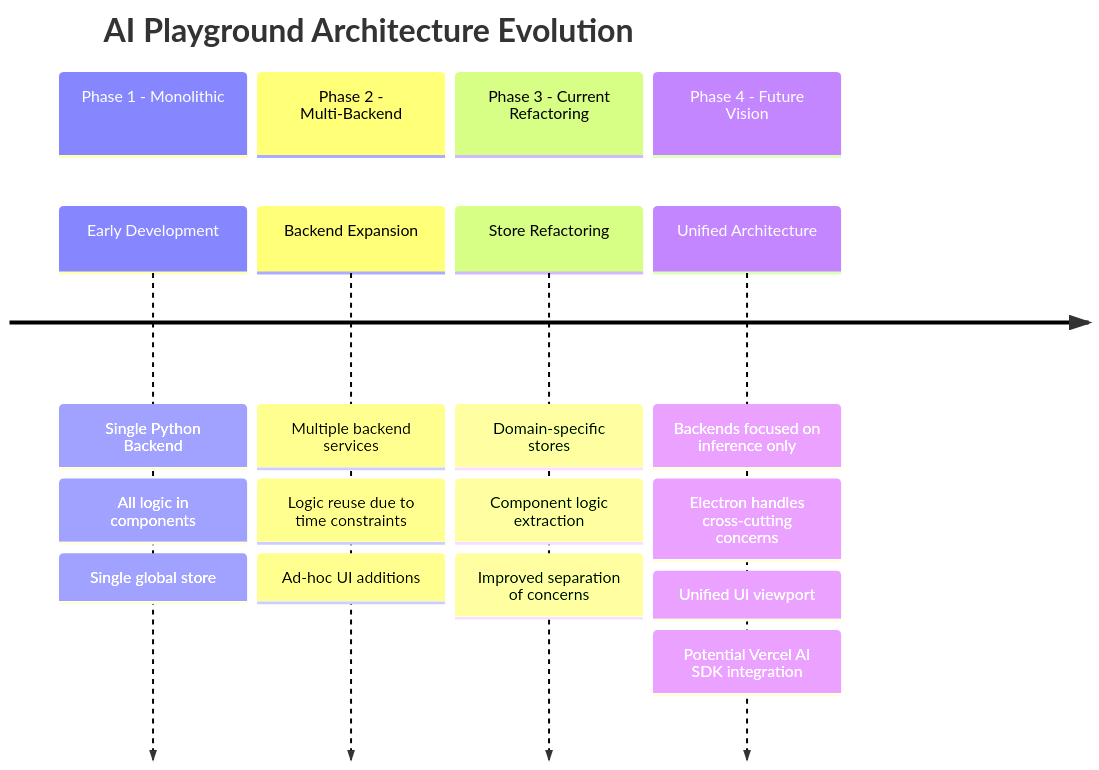
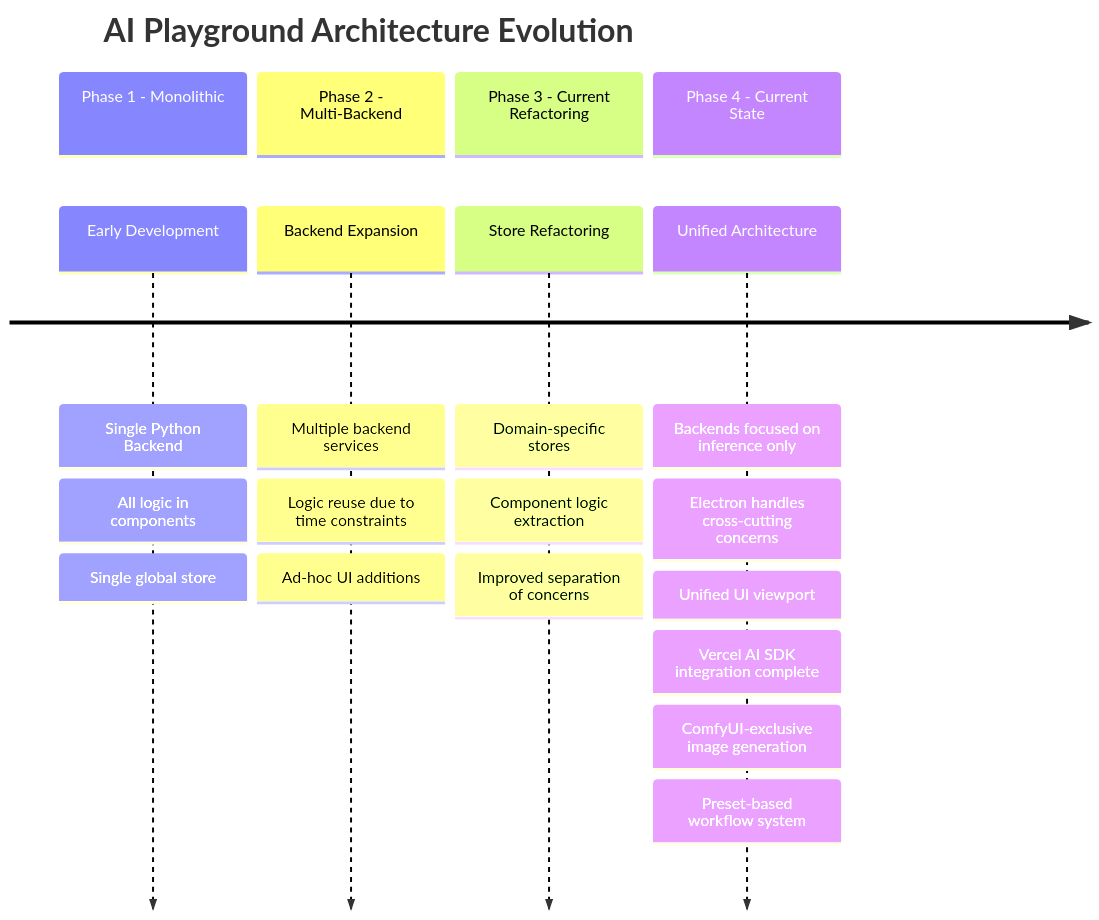
One commit to intel/AI-Playground changed the second of 8 diagrams in AGENTS.md. Above: the diagram before and after it, drawn with Mermaid. The commit also changed other lines of this file and 358 other files, not shown here.

````diff
--- a/AGENTS.md
+++ b/AGENTS.md
@@ -139,25 +138,27 @@
 ```mermaid
 timeline
     title AI Playground Architecture Evolution
     
     section Phase 1 - Monolithic
         Early Development : Single Python Backend
                           : All logic in components
                           : Single global store
     
     section Phase 2 - Multi-Backend
         Backend Expansion : Multiple backend services
                          : Logic reuse due to time constraints
                          : Ad-hoc UI additions
     
     section Phase 3 - Current Refactoring
         Store Refactoring : Domain-specific stores
                          : Component logic extraction
                          : Improved separation of concerns
     
-    section Phase 4 - Future Vision
+    section Phase 4 - Current State
         Unified Architecture : Backends focused on inference only
                             : Electron handles cross-cutting concerns
                             : Unified UI viewport
-                            : Potential Vercel AI SDK integration
+                            : Vercel AI SDK integration complete
+                            : ComfyUI-exclusive image generation
+                            : Preset-based workflow system
 ```
````
